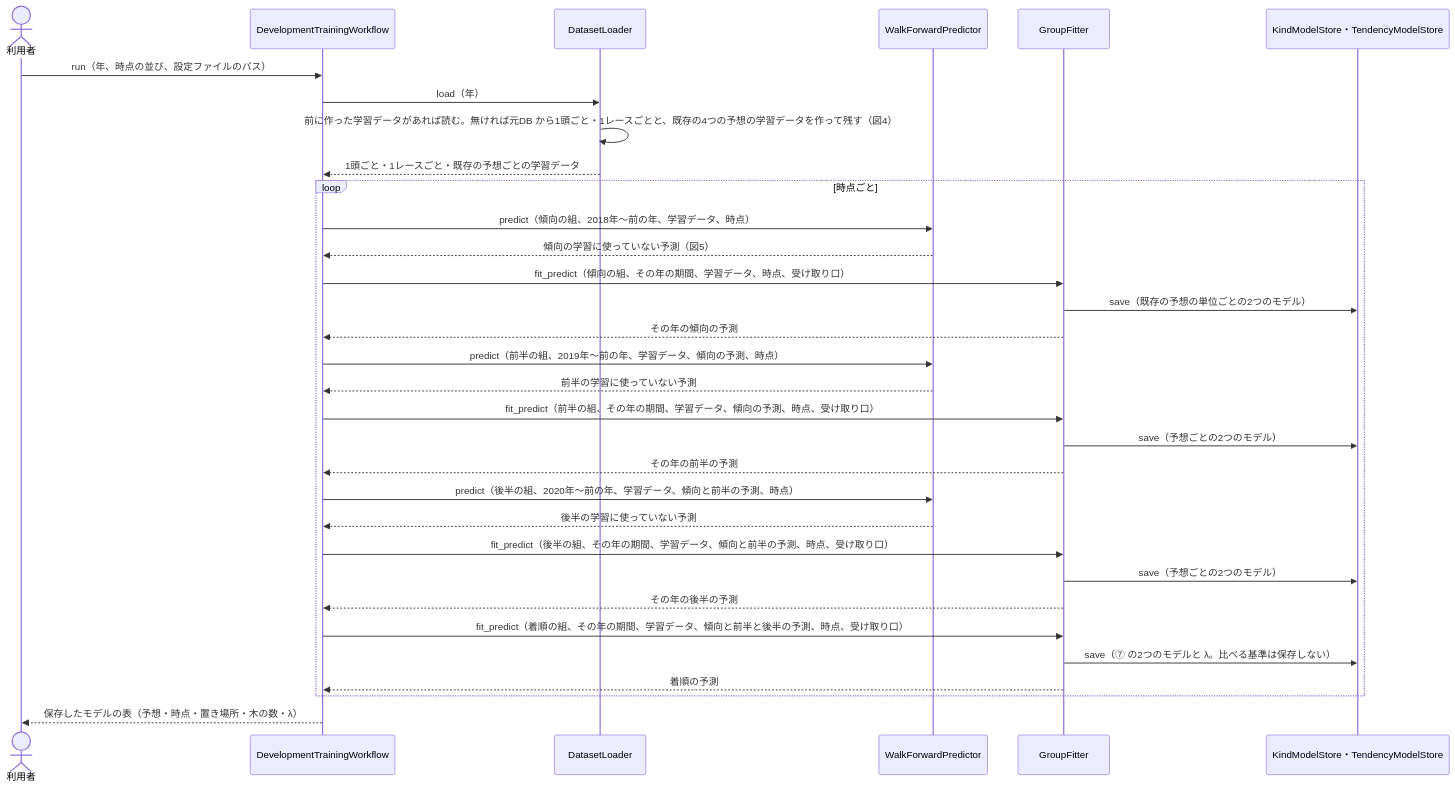
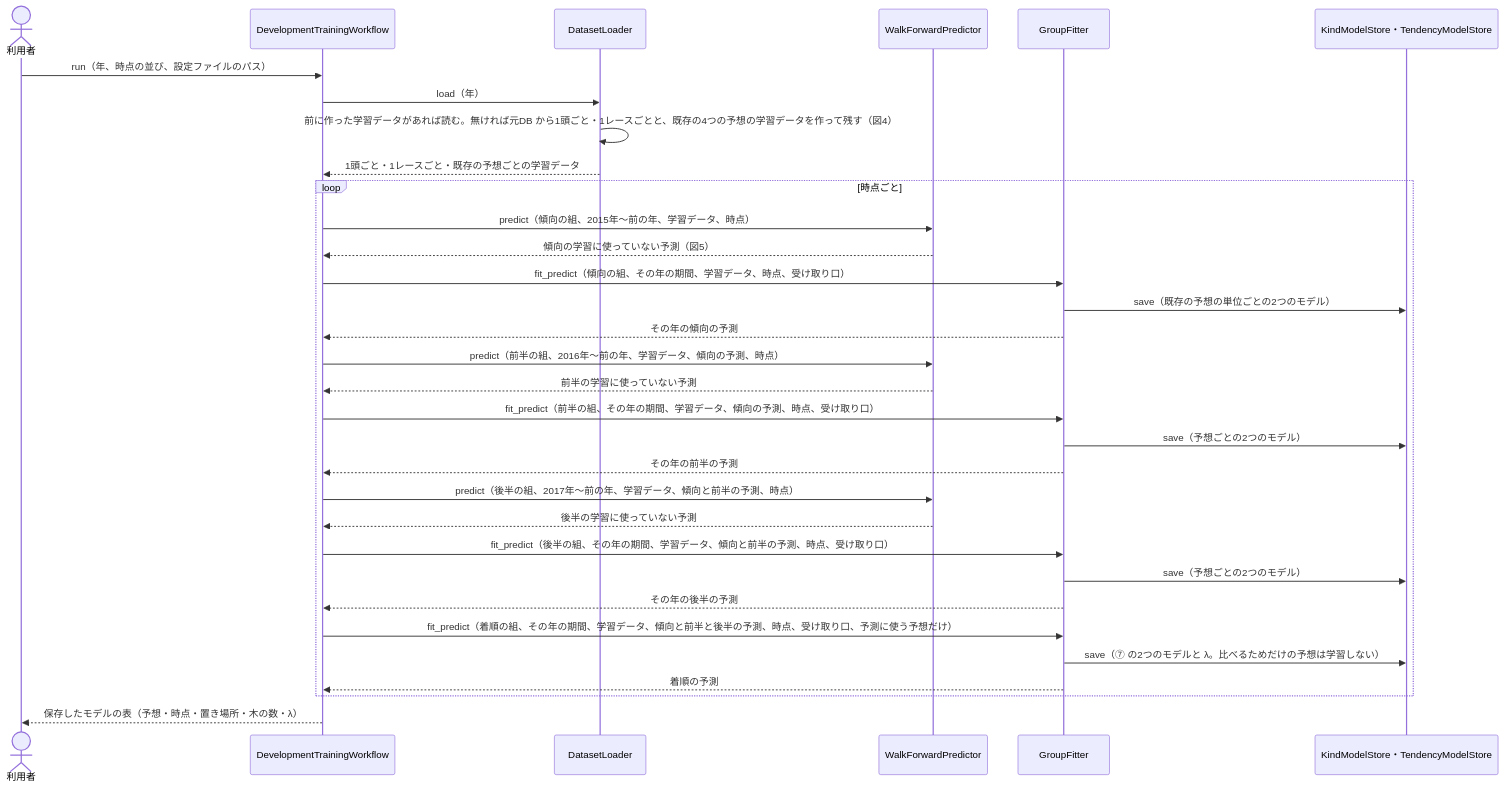
One commit to ht-0328/keiba-yosou changed the first of 6 diagrams in docs/design/展開から着順を予想/05-sequence.md. Above: the diagram before and after it, drawn with Mermaid. The commit also changed other lines of this file and 47 other files, not shown here.

````diff
--- a/docs/design/展開から着順を予想/05-sequence.md
+++ b/docs/design/展開から着順を予想/05-sequence.md
@@ -29,34 +29,34 @@
 ```mermaid
 sequenceDiagram
     actor U as 利用者
     participant W as DevelopmentTrainingWorkflow
     participant DL as DatasetLoader
     participant WF as WalkForwardPredictor
     participant GF as GroupFitter
     participant MS as KindModelStore・TendencyModelStore
     U->>W: run（年、時点の並び、設定ファイルのパス）
     W->>DL: load（年）
     DL->>DL: 前に作った学習データがあれば読む。無ければ元DB から1頭ごと・1レースごとと、既存の4つの予想の学習データを作って残す（図4）
     DL-->>W: 1頭ごと・1レースごと・既存の予想ごとの学習データ
     loop 時点ごと
-        W->>WF: predict（傾向の組、2018年〜前の年、学習データ、時点）
+        W->>WF: predict（傾向の組、2015年〜前の年、学習データ、時点）
         WF-->>W: 傾向の学習に使っていない予測（図5）
         W->>GF: fit_predict（傾向の組、その年の期間、学習データ、時点、受け取り口）
         GF->>MS: save（既存の予想の単位ごとの2つのモデル）
         GF-->>W: その年の傾向の予測
-        W->>WF: predict（前半の組、2019年〜前の年、学習データ、傾向の予測、時点）
+        W->>WF: predict（前半の組、2016年〜前の年、学習データ、傾向の予測、時点）
         WF-->>W: 前半の学習に使っていない予測
         W->>GF: fit_predict（前半の組、その年の期間、学習データ、傾向の予測、時点、受け取り口）
         GF->>MS: save（予想ごとの2つのモデル）
         GF-->>W: その年の前半の予測
-        W->>WF: predict（後半の組、2020年〜前の年、学習データ、傾向と前半の予測、時点）
+        W->>WF: predict（後半の組、2017年〜前の年、学習データ、傾向と前半の予測、時点）
         WF-->>W: 後半の学習に使っていない予測
         W->>GF: fit_predict（後半の組、その年の期間、学習データ、傾向と前半の予測、時点、受け取り口）
         GF->>MS: save（予想ごとの2つのモデル）
         GF-->>W: その年の後半の予測
-        W->>GF: fit_predict（着順の組、その年の期間、学習データ、傾向と前半と後半の予測、時点、受け取り口）
-        GF->>MS: save（⑦ の2つのモデルと λ。比べる基準は保存しない）
+        W->>GF: fit_predict（着順の組、その年の期間、学習データ、傾向と前半と後半の予測、時点、受け取り口、予測に使う予想だけ）
+        GF->>MS: save（⑦ の2つのモデルと λ。比べるためだけの予想は学習しない）
         GF-->>W: 着順の予測
     end
     W-->>U: 保存したモデルの表（予想・時点・置き場所・木の数・λ）
 ```
````
